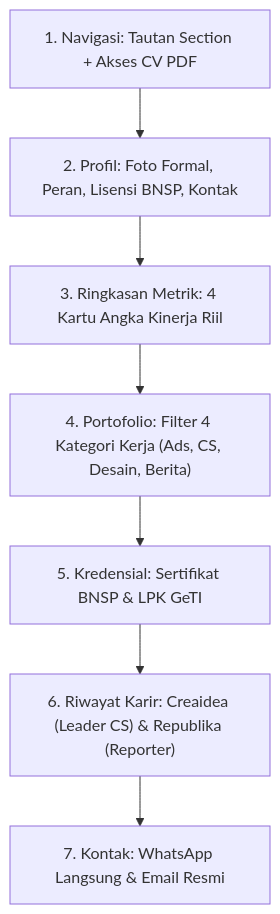
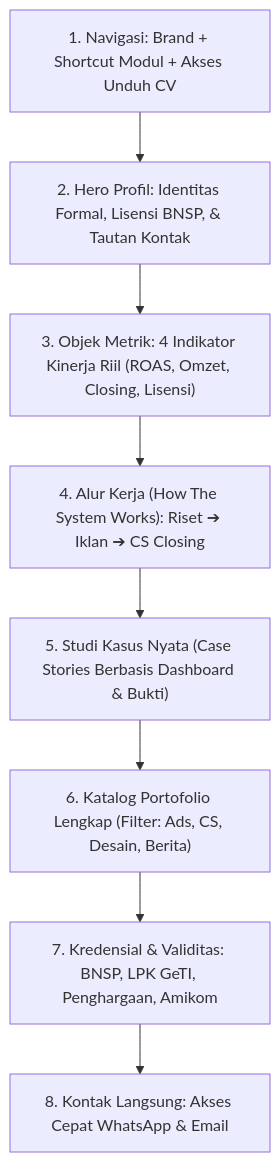
The diagram in RENCANA_WEBSITE_NESSA.md (hizbamuhammad0/MESIN-UI-UX-), drawn with Mermaid before and after one commit. The commit also changed other lines of this file, not shown here.

Commit message:
docs: Perbarui cetak biru perencanaan dengan storytelling berfokus pada objek kerja dan alur operasional

````diff
--- a/RENCANA_WEBSITE_NESSA.md
+++ b/RENCANA_WEBSITE_NESSA.md
@@ -38,12 +28,13 @@
 ```mermaid
 flowchart TD
-    Nav["1. Navigasi: Tautan Section + Akses CV PDF"]
-    Hero["2. Profil: Foto Formal, Peran, Lisensi BNSP, Kontak"]
-    Stats["3. Ringkasan Metrik: 4 Kartu Angka Kinerja Riil"]
-    Katalog["4. Portofolio: Filter 4 Kategori Kerja (Ads, CS, Desain, Berita)"]
-    Sertif["5. Kredensial: Sertifikat BNSP & LPK GeTI"]
-    Karir["6. Riwayat Karir: Creaidea (Leader CS) & Republika (Reporter)"]
-    Kontak["7. Kontak: WhatsApp Langsung & Email Resmi"]
+    Nav["1. Navigasi: Brand + Shortcut Modul + Akses Unduh CV"]
+    Hero["2. Hero Profil: Identitas Formal, Lisensi BNSP, & Tautan Kontak"]
+    Stats["3. Objek Metrik: 4 Indikator Kinerja Riil (ROAS, Omzet, Closing, Lisensi)"]
+    Story["4. Alur Kerja (How The System Works): Riset ➔ Iklan ➔ CS Closing"]
+    Cases["5. Studi Kasus Nyata (Case Stories Berbasis Dashboard & Bukti)"]
+    Catalog["6. Katalog Portofolio Lengkap (Filter: Ads, CS, Desain, Berita)"]
+    Creds["7. Kredensial & Validitas: BNSP, LPK GeTI, Penghargaan, Amikom"]
+    Contact["8. Kontak Langsung: Akses Cepat WhatsApp & Email"]
 
-    Nav --> Hero --> Stats --> Katalog --> Sertif --> Karir --> Kontak
+    Nav --> Hero --> Stats --> Story --> Cases --> Catalog --> Creds --> Contact
 ```
````
